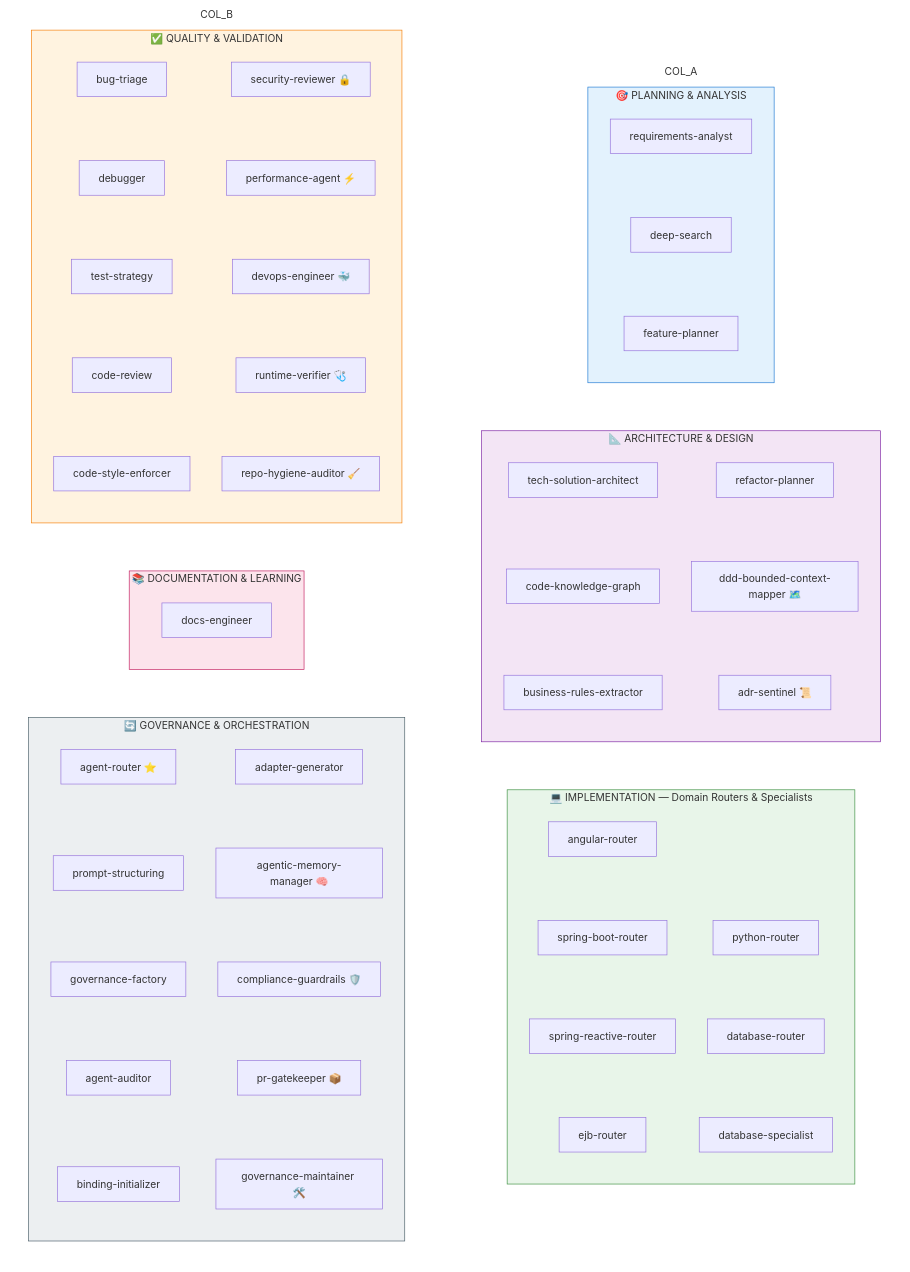
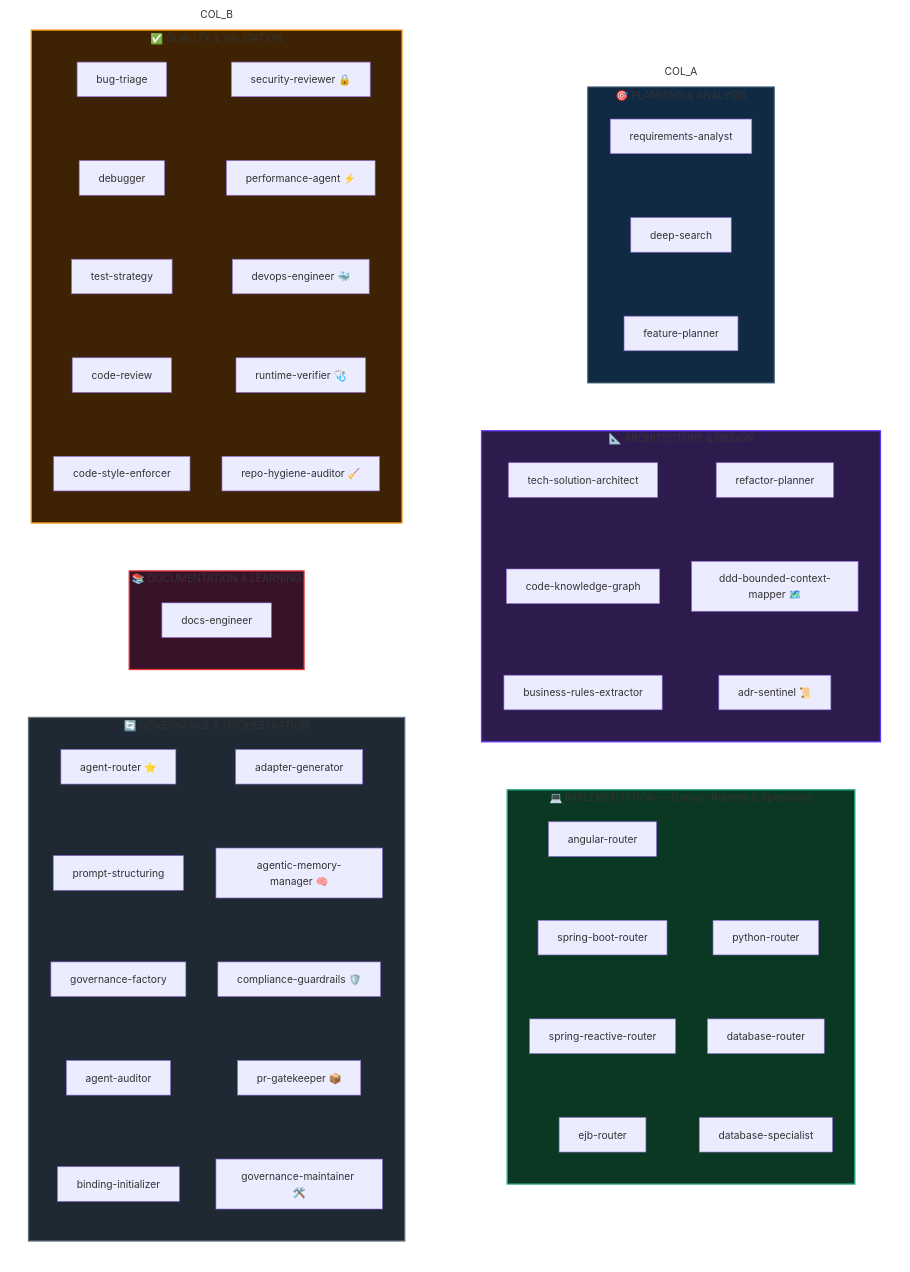
Before and after one commit to jezreel8858/deep-agents-copilot: the second of 2 diagrams in README.md, drawn with Mermaid.

Commit message:
style(readme): atualiza estilos de categorias no diagrama
- Modifica as cores e espessura das bordas das categorias no diagrama
  para melhorar a visualização e a distinção entre elas.

Como validar:
- Verifique o arquivo README.md para visualizar as alterações no diagrama.

````diff
--- a/README.md
+++ b/README.md
@@ -236,56 +236,56 @@
 ```mermaid
 flowchart TB
     subgraph COL_A
         direction TB
         subgraph CAT1["🎯 PLANNING &amp; ANALYSIS"]
             direction TB
             A1[requirements-analyst] ~~~ A2[deep-search] ~~~ A3[feature-planner]
         end
 
         subgraph CAT2["📐 ARCHITECTURE &amp; DESIGN"]
             direction TB
             B1[tech-solution-architect] ~~~ B2[code-knowledge-graph] ~~~ B3[business-rules-extractor]
             B4[refactor-planner] ~~~ B5["ddd-bounded-context-mapper 🗺️"] ~~~ B6["adr-sentinel 📜"]
         end
 
         subgraph CAT3["💻 IMPLEMENTATION — Domain Routers &amp; Specialists"]
             direction TB
             C1[angular-router] ~~~ C2[spring-boot-router] ~~~ C3[spring-reactive-router] ~~~ C4[ejb-router]
             C5[python-router] ~~~ C6[database-router] ~~~ C7[database-specialist]
         end
 
         CAT1 ~~~ CAT2 ~~~ CAT3
     end
 
     subgraph COL_B
         direction TB
         subgraph CAT4["✅ QUALITY &amp; VALIDATION"]
             direction TB
             D1[bug-triage] ~~~ D2[debugger] ~~~ D3[test-strategy] ~~~ D4[code-review] ~~~ D5[code-style-enforcer]
             D6["security-reviewer 🔒"] ~~~ D7["performance-agent ⚡"] ~~~ D8["devops-engineer 🐳"] ~~~ D9["runtime-verifier 🩺"] ~~~ D10["repo-hygiene-auditor 🧹"]
         end
 
         subgraph CAT5["📚 DOCUMENTATION &amp; LEARNING"]
             direction TB
             E1[docs-engineer]
         end
 
         subgraph CAT6["🔄 GOVERNANCE &amp; ORCHESTRATION"]
             direction TB
             F1["agent-router ⭐"] ~~~ F2[prompt-structuring] ~~~ F3[governance-factory] ~~~ F4[agent-auditor] ~~~ F5[binding-initializer]
             F6[adapter-generator] ~~~ F7["agentic-memory-manager 🧠"] ~~~ F8["compliance-guardrails 🛡️"] ~~~ F9["pr-gatekeeper 📦"] ~~~ F10["governance-maintainer 🛠️"]
         end
 
         CAT4 ~~~ CAT5 ~~~ CAT6
     end
 
     style COL_A fill:none,stroke:none
     style COL_B fill:none,stroke:none
 
-    style CAT1 fill:#e3f2fd,stroke:#1976d2
-    style CAT2 fill:#f3e5f5,stroke:#7b1fa2
-    style CAT3 fill:#e8f5e9,stroke:#388e3c
-    style CAT4 fill:#fff3e0,stroke:#f57c00
-    style CAT5 fill:#fce4ec,stroke:#c2185b
-    style CAT6 fill:#eceff1,stroke:#455a64
+    style CAT1 fill:#102a43,stroke:#334e68,stroke-width:2px
+    style CAT2 fill:#2d1b4e,stroke:#6236ff,stroke-width:2px
+    style CAT3 fill:#0b3823,stroke:#27ab83,stroke-width:2px
+    style CAT4 fill:#3d2204,stroke:#f08c00,stroke-width:2px
+    style CAT5 fill:#381228,stroke:#e03131,stroke-width:2px
+    style CAT6 fill:#1f2933,stroke:#616e7c,stroke-width:2px
 ```
````
